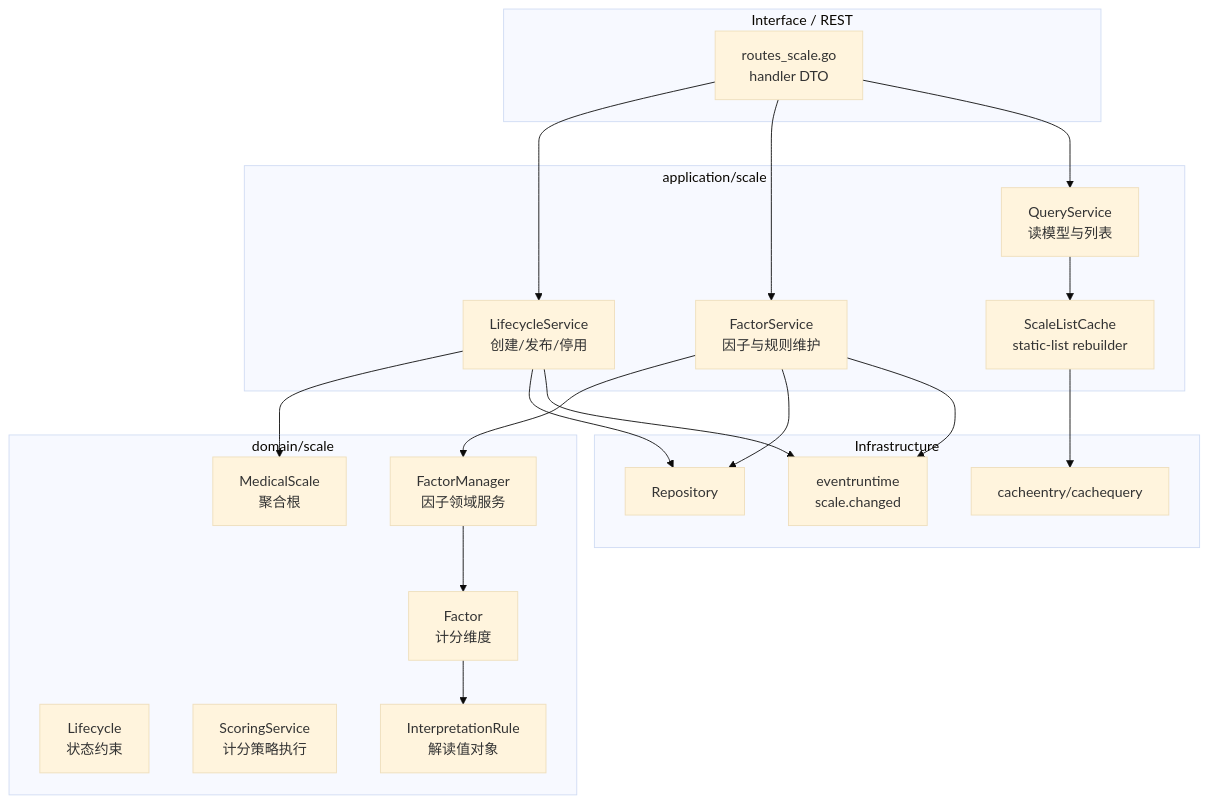
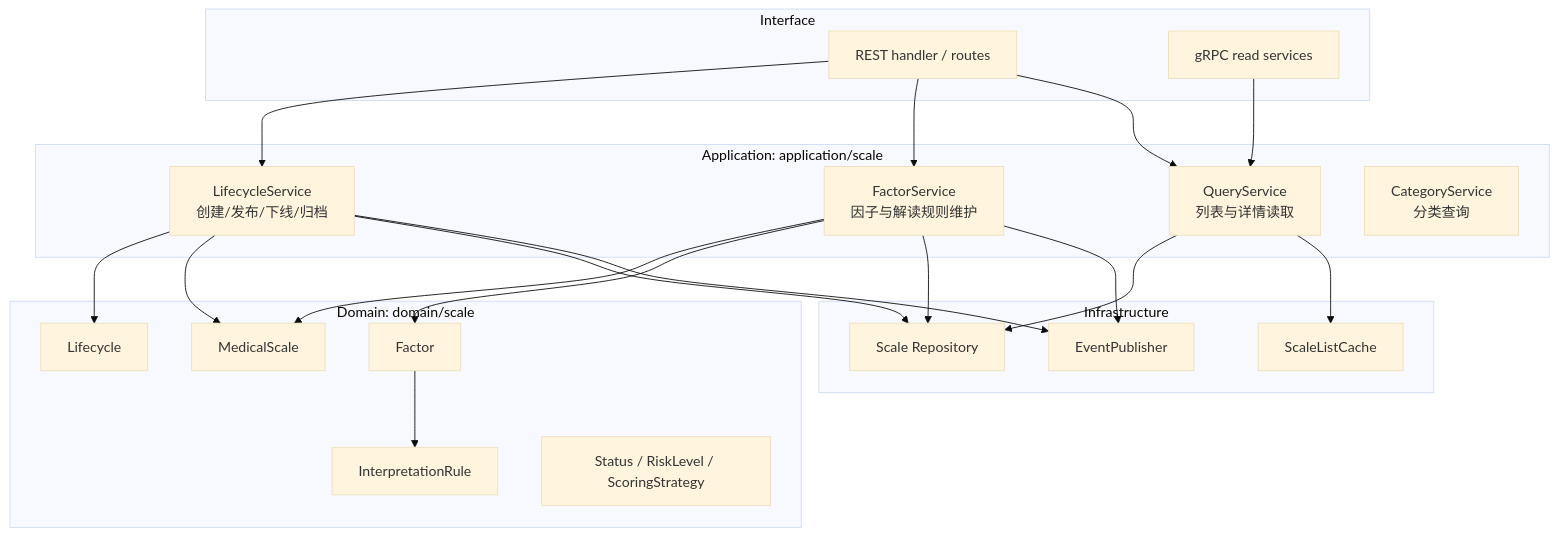
The second of 3 diagrams in docs/02-业务模块/scale/00-整体模型.md (FangcunMount/qs-server), drawn with Mermaid (base theme) before and after one commit. The commit also changed other lines of this file and 5 other files, not shown here.

````diff
--- a/docs/02-业务模块/scale/00-整体模型.md
+++ b/docs/02-业务模块/scale/00-整体模型.md
@@ -64,39 +169,46 @@
 ```mermaid
 flowchart TB
-    subgraph Interface["Interface / REST"]
-        rest["routes_scale.go\nhandler DTO"]
+    subgraph interface["Interface"]
+        rest["REST handler / routes"]
+        grpc["gRPC read services"]
     end
-    subgraph Application["application/scale"]
-        lifecycle["LifecycleService\n创建/发布/停用"]
-        factorSvc["FactorService\n因子与规则维护"]
-        query["QueryService\n读模型与列表"]
-        listCache["ScaleListCache\nstatic-list rebuilder"]
+
+    subgraph app["Application: application/scale"]
+        lifecycle["LifecycleService<br/>创建/发布/下线/归档"]
+        factorSvc["FactorService<br/>因子与解读规则维护"]
+        query["QueryService<br/>列表与详情读取"]
+        category["CategoryService<br/>分类查询"]
     end
-    subgraph Domain["domain/scale"]
-        scale["MedicalScale\n聚合根"]
-        lifecycleModel["Lifecycle\n状态约束"]
-        factor["Factor\n计分维度"]
-        manager["FactorManager\n因子领域服务"]
-        scoring["ScoringService\n计分策略执行"]
-        rule["InterpretationRule\n解读值对象"]
+
+    subgraph domain["Domain: domain/scale"]
+        scale["MedicalScale"]
+        factor["Factor"]
+        rule["InterpretationRule"]
+        lifecycleDomain["Lifecycle"]
+        types["Status / RiskLevel / ScoringStrategy"]
     end
-    subgraph Infra["Infrastructure"]
-        repo["Repository"]
-        redis["cacheentry/cachequery"]
-        events["eventruntime\nscale.changed"]
+
+    subgraph infra["Infrastructure"]
+        repo["Scale Repository"]
+        cache["ScaleListCache"]
+        publisher["EventPublisher"]
     end
 
     rest --> lifecycle
     rest --> factorSvc
     rest --> query
+    grpc --> query
+
+    lifecycle --> lifecycleDomain
     lifecycle --> scale
-    factorSvc --> manager
-    manager --> factor
+    factorSvc --> scale
+    factorSvc --> factor
     factor --> rule
-    query --> listCache
+
     lifecycle --> repo
     factorSvc --> repo
-    listCache --> redis
-    lifecycle --> events
-    factorSvc --> events
+    query --> repo
+    query --> cache
+    lifecycle --> publisher
+    factorSvc --> publisher
 ```
````
